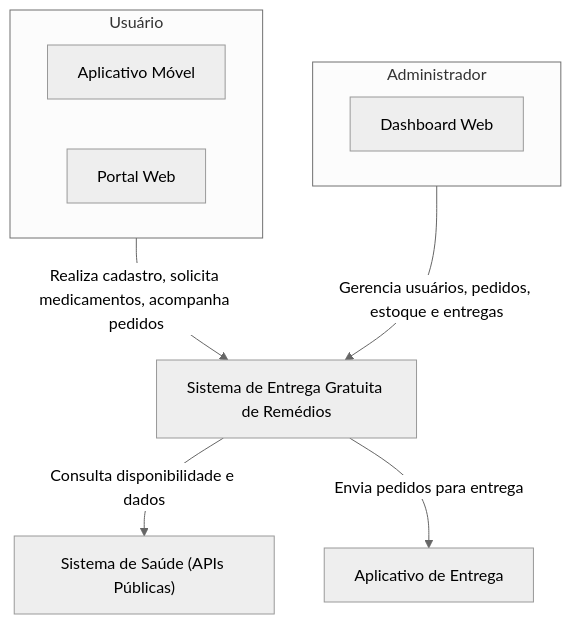
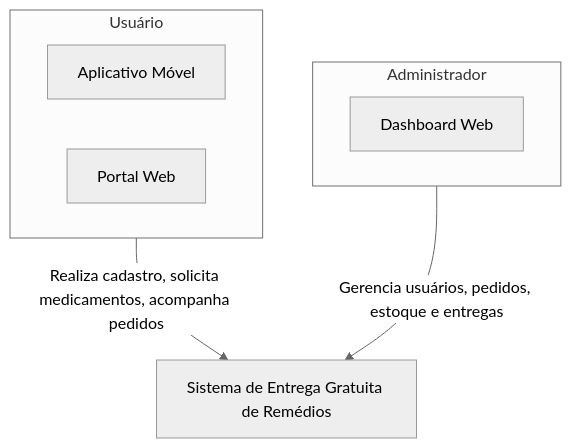
One commit to Leonardo-Kotcheski-Filipiaki/tele-remedio changed the diagram in docs/Diagramas/diagrama-nivel-contexto.mmd. Above: the diagram before and after it, drawn with Mermaid (neutral theme). The commit also changed other lines of this file, not shown here.

Commit message:
Atualiza diagrama nivel de contexto

```diff
--- a/docs/Diagramas/diagrama-nivel-contexto.mmd
+++ b/docs/Diagramas/diagrama-nivel-contexto.mmd
@@ -1,17 +1,13 @@
 %% Diagrama C4 - Nível de Contexto
 flowchart TB
     subgraph Usuario [Usuário]
         U1[Aplicativo Móvel]
         U2[Portal Web]
     end
     subgraph Administrador [Administrador]
         A1[Dashboard Web]
     end
     Sistema["Sistema de Entrega Gratuita de Remédios"]
-    Externo["Sistema de Saúde (APIs Públicas)"]
-    Entregador["Aplicativo de Entrega"]
 
     Usuario -->|Realiza cadastro, solicita medicamentos, acompanha pedidos| Sistema
     Administrador -->|Gerencia usuários, pedidos, estoque e entregas| Sistema
-    Sistema -->|Consulta disponibilidade e dados| Externo
-    Sistema -->|Envia pedidos para entrega| Entregador
```
